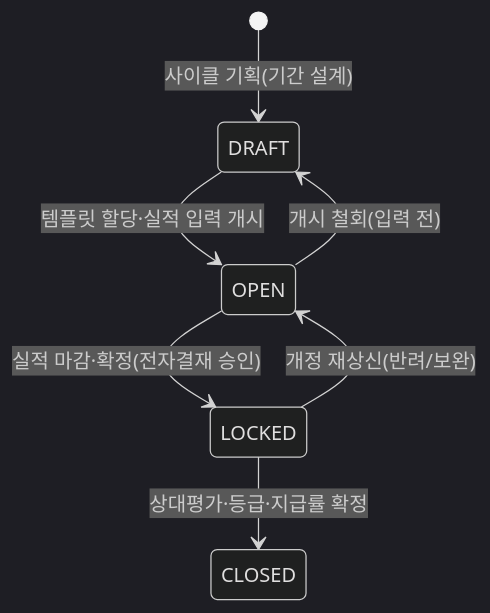
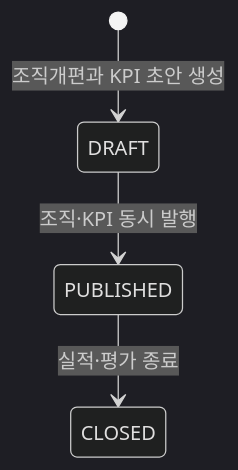
The diagram in docs/docs_planning/3_7_1_management_performance_kpi.md (ynarcher-dev/ynarcher_works), drawn with Mermaid (dark theme) before and after one commit. The commit also changed other lines of this file and 5 other files, not shown here.

````diff
--- a/docs/docs_planning/3_7_1_management_performance_kpi.md
+++ b/docs/docs_planning/3_7_1_management_performance_kpi.md
@@ -283,9 +421,6 @@
 ```mermaid
 stateDiagram-v2
-    [*] --> DRAFT : 사이클 기획(기간 설계)
-    DRAFT --> OPEN : 템플릿 할당·실적 입력 개시
-    OPEN --> LOCKED : 실적 마감·확정(전자결재 승인)
-    LOCKED --> CLOSED : 상대평가·등급·지급률 확정
-    OPEN --> DRAFT : 개시 철회(입력 전)
-    LOCKED --> OPEN : 개정 재상신(반려/보완)
+    [*] --> DRAFT : 조직개편과 KPI 초안 생성
+    DRAFT --> PUBLISHED : 조직·KPI 동시 발행
+    PUBLISHED --> CLOSED : 실적·평가 종료
 ```
````
